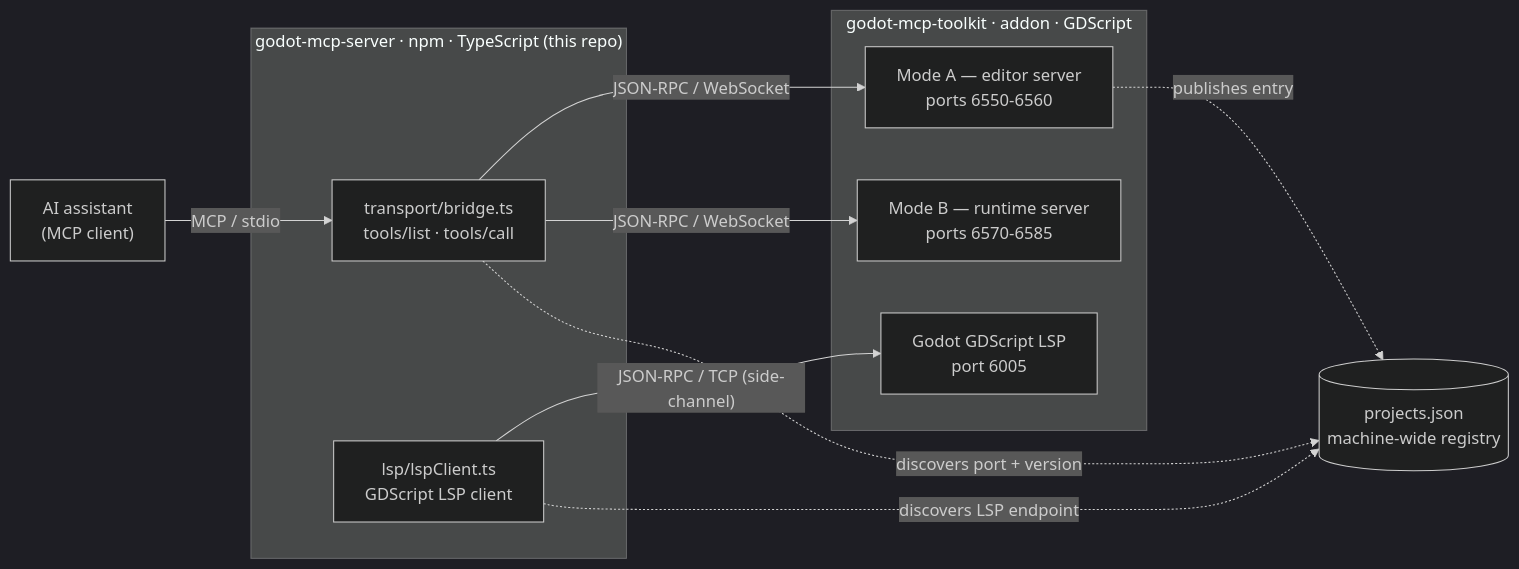
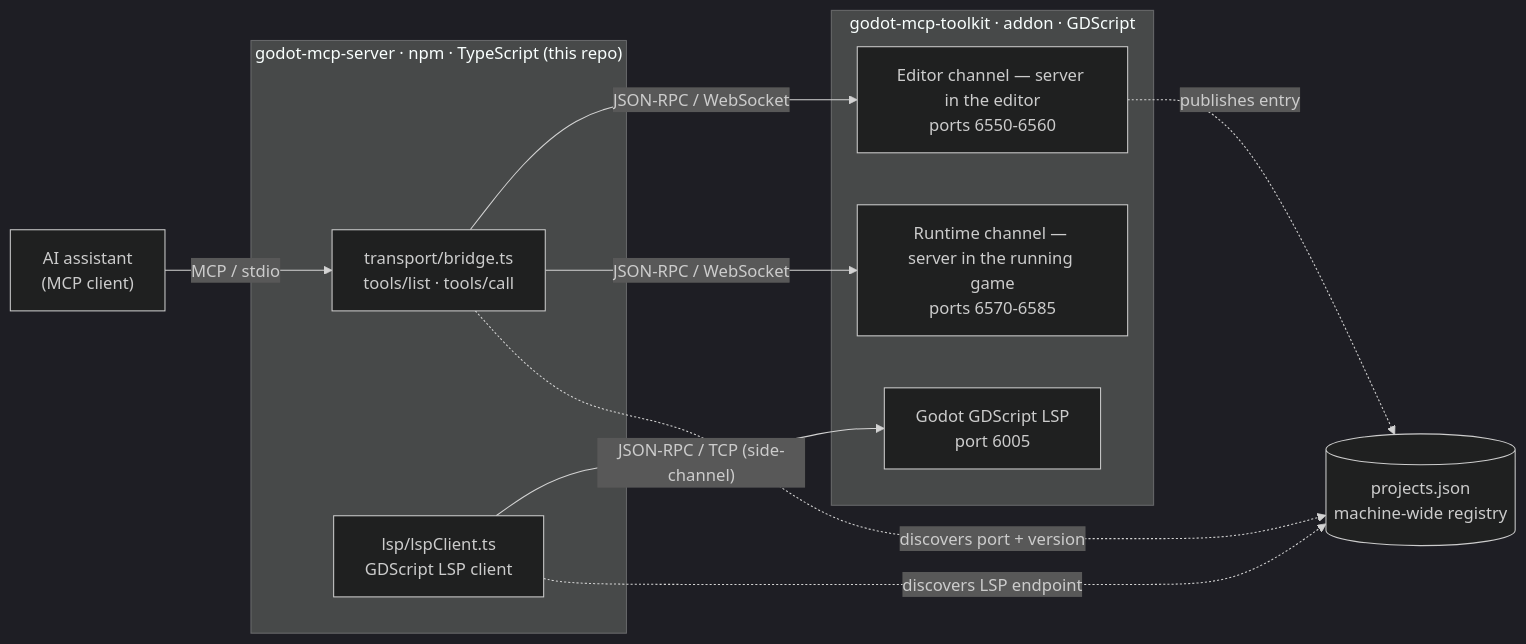
The first of 13 diagrams in docs/architecture/README.md (NPGameDev/godot-mcp-server), drawn with Mermaid (dark theme) before and after one commit. The commit also changed other lines of this file and 6 other files, not shown here.

````diff
--- a/docs/architecture/README.md
+++ b/docs/architecture/README.md
@@ -83,21 +83,21 @@
 ```mermaid
 flowchart LR
     AI["AI assistant<br/>(MCP client)"]
     subgraph server["godot-mcp-server · npm · TypeScript (this repo)"]
       Bridge["transport/bridge.ts<br/>tools/list · tools/call"]
       Lsp["lsp/lspClient.ts<br/>GDScript LSP client"]
     end
     subgraph toolkit["godot-mcp-toolkit · addon · GDScript"]
-      ModeA["Mode A — editor server<br/>ports 6550-6560"]
-      ModeB["Mode B — runtime server<br/>ports 6570-6585"]
+      ModeA["Editor channel — server in the editor<br/>ports 6550-6560"]
+      ModeB["Runtime channel — server in the running game<br/>ports 6570-6585"]
       GodotLsp["Godot GDScript LSP<br/>port 6005"]
     end
     Registry[("projects.json<br/>machine-wide registry")]
     AI -->|"MCP / stdio"| Bridge
     Bridge -->|"JSON-RPC / WebSocket"| ModeA
     Bridge -->|"JSON-RPC / WebSocket"| ModeB
     Lsp -->|"JSON-RPC / TCP (side-channel)"| GodotLsp
     Bridge -.->|"discovers port + version"| Registry
     Lsp -.->|"discovers LSP endpoint"| Registry
     ModeA -.->|"publishes entry"| Registry
 ```
````
